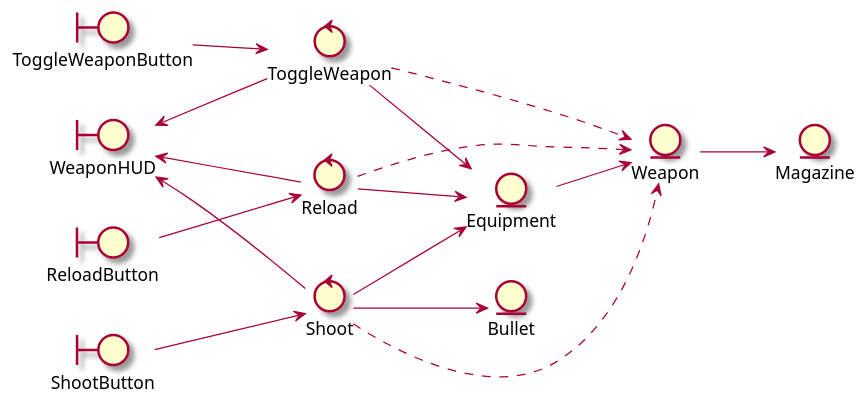
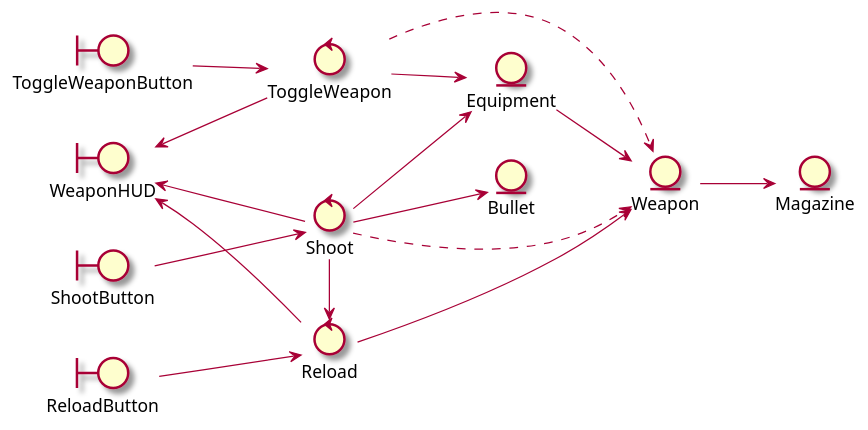
One commit to RicardoGuzmanVelasco/ArchitecturalCookieClicker changed the diagram in Assets/CoD/Docs~/Design.puml. Above: the diagram before and after it, drawn with PlantUML. The commit also changed 6 other files, not shown here.

```diff
--- a/Assets/CoD/Docs~/Design.puml
+++ b/Assets/CoD/Docs~/Design.puml
@@ -1,42 +1,43 @@
 @startuml
 skin rose
 left to right direction
 
 control ToggleWeapon
 control Shoot
 control Reload
 
 boundary WeaponHUD
 boundary ToggleWeaponButton
 boundary ShootButton
 boundary ReloadButton
 
 entity Weapon
 entity Magazine
 entity Equipment
 
 entity Bullet
 
 ShootButton --> Shoot
 
 Shoot --> Equipment
 Shoot --> Bullet
 Shoot ..> Weapon
 Shoot -u-> WeaponHUD
 
 ToggleWeapon -u-> WeaponHUD
 ToggleWeapon --> Equipment
 ToggleWeapon ..> Weapon
 
-Reload --> Equipment
 Reload -u-> WeaponHUD
 ReloadButton --> Reload
-Reload ..> Weapon
+Reload --> Weapon
+
+Shoot -> Reload
 
 Equipment --> Weapon
 
 ToggleWeaponButton --> ToggleWeapon
 
 Weapon --> Magazine
 
 @enduml
```
